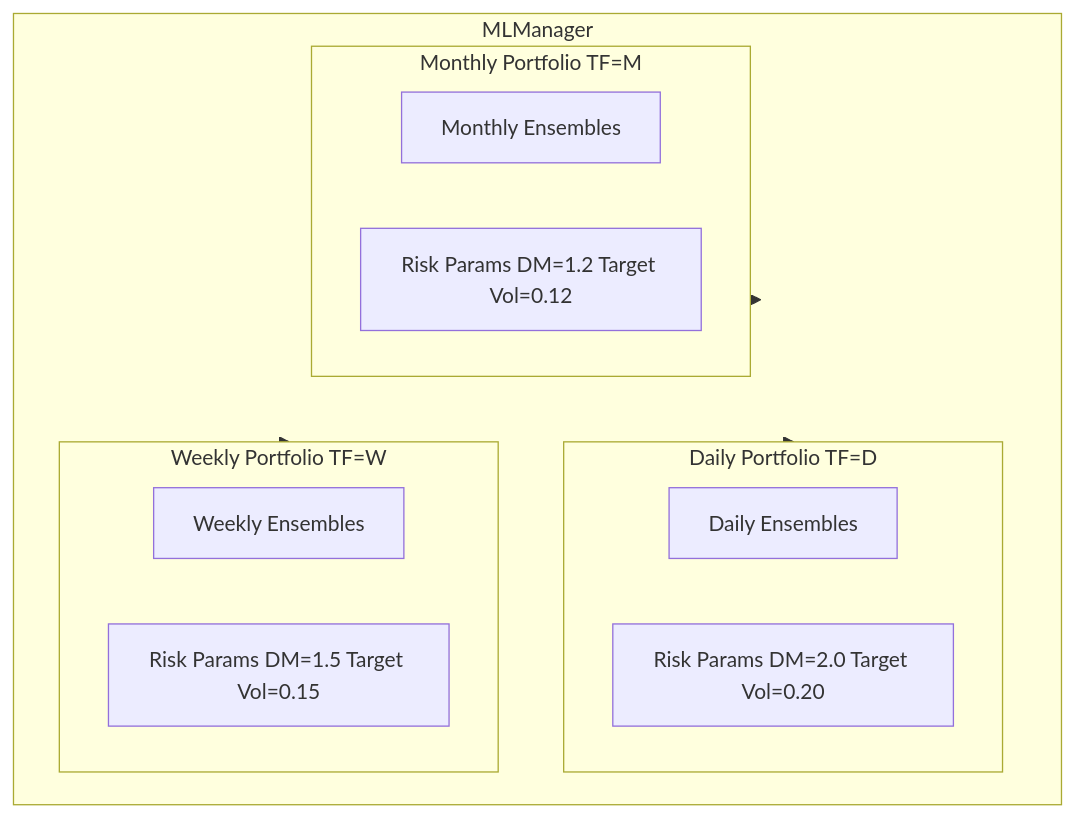
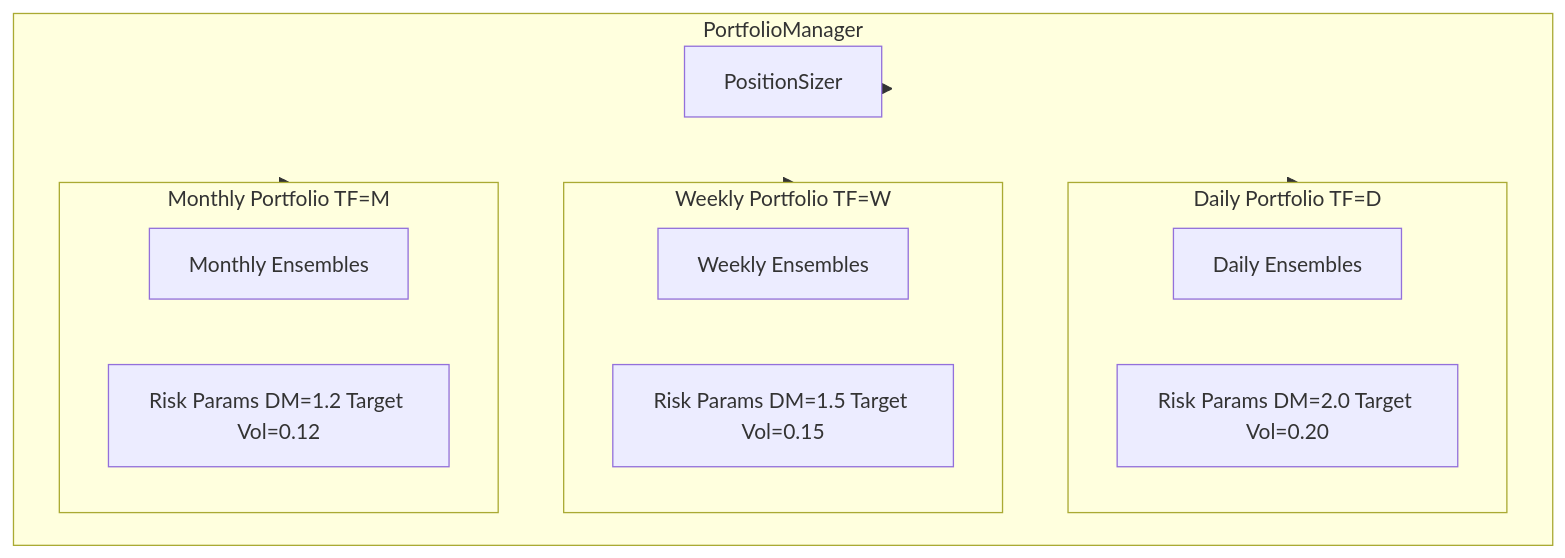
The second of 3 diagrams in docs/to-do/ml_manager_specs.md (ramanthind02/Trading-Algo), drawn with Mermaid before and after one commit. The commit also changed other lines of this file and 3 other files, not shown here.

````diff
--- a/docs/to-do/ml_manager_specs.md
+++ b/docs/to-do/ml_manager_specs.md
@@ -185,27 +186,29 @@
 ```mermaid
 graph TB
-    subgraph mlmanager [MLManager]
+    subgraph portfoliomanager [PortfolioManager]
         dailyPort[Daily Portfolio]
         weeklyPort[Weekly Portfolio]
         monthlyPort[Monthly Portfolio]
+        positionSizer[PositionSizer]
     end
     
     subgraph dailyPort [Daily Portfolio TF=D]
         dailyEns[Daily Ensembles]
         dailyRisk[Risk Params DM=2.0 Target Vol=0.20]
     end
     
     subgraph weeklyPort [Weekly Portfolio TF=W]
         weeklyEns[Weekly Ensembles]
         weeklyRisk[Risk Params DM=1.5 Target Vol=0.15]
     end
     
     subgraph monthlyPort [Monthly Portfolio TF=M]
         monthlyEns[Monthly Ensembles]
         monthlyRisk[Risk Params DM=1.2 Target Vol=0.12]
     end
     
-    mlmanager --> dailyPort
-    mlmanager --> weeklyPort
-    mlmanager --> monthlyPort
+    portfoliomanager --> dailyPort
+    portfoliomanager --> weeklyPort
+    portfoliomanager --> monthlyPort
+    portfoliomanager --> positionSizer
 ```
````
